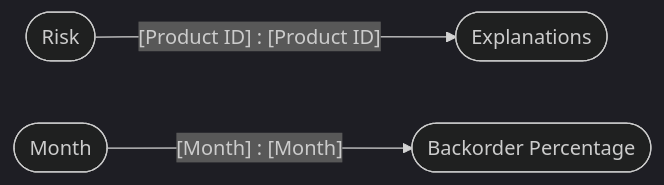
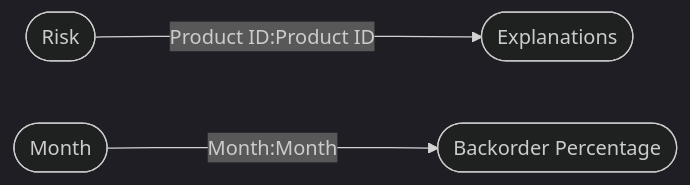
Before and after one commit to ZdenekMerka/pbix_doc: the diagram in tests/output/Supply Chain Sample.pbix.md, drawn with Mermaid (dark theme). The commit also changed other lines of this file and 8 other files, not shown here.

Commit message:
resolve Unable to render rich display Diagram error not found. #14

````diff
--- a/tests/output/Supply Chain Sample.pbix.md
+++ b/tests/output/Supply Chain Sample.pbix.md
@@ -29,6 +29,6 @@
 ```mermaid
 graph LR;
 
-id932(["Risk"]) --[Product ID] : [Product ID]--> id992(["Explanations"])
-id8304(["Month"]) --[Month] : [Month]--> id13029(["Backorder Percentage"])
+id932(["Risk"]) --->|Product ID:Product ID| id992(["Explanations"])
+id8304(["Month"]) --->|Month:Month| id13029(["Backorder Percentage"])
 ```
````
